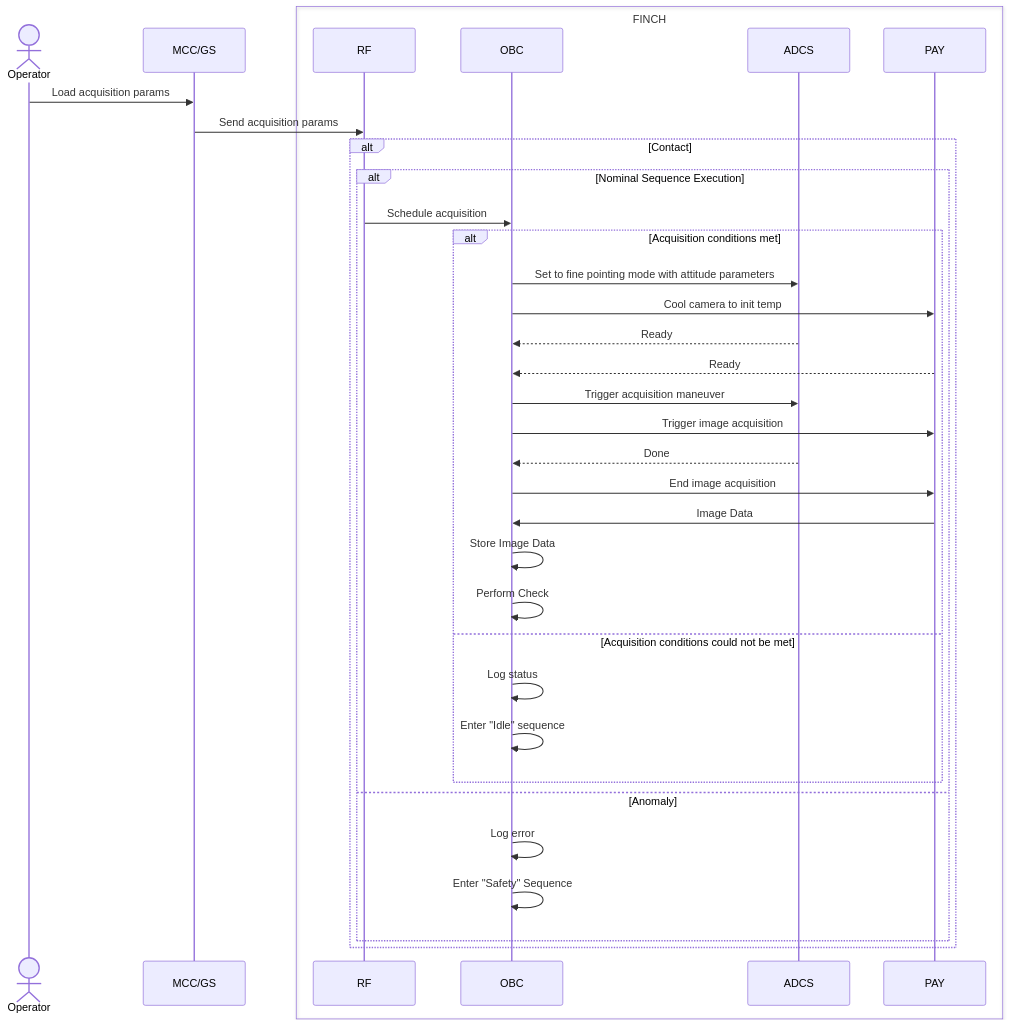
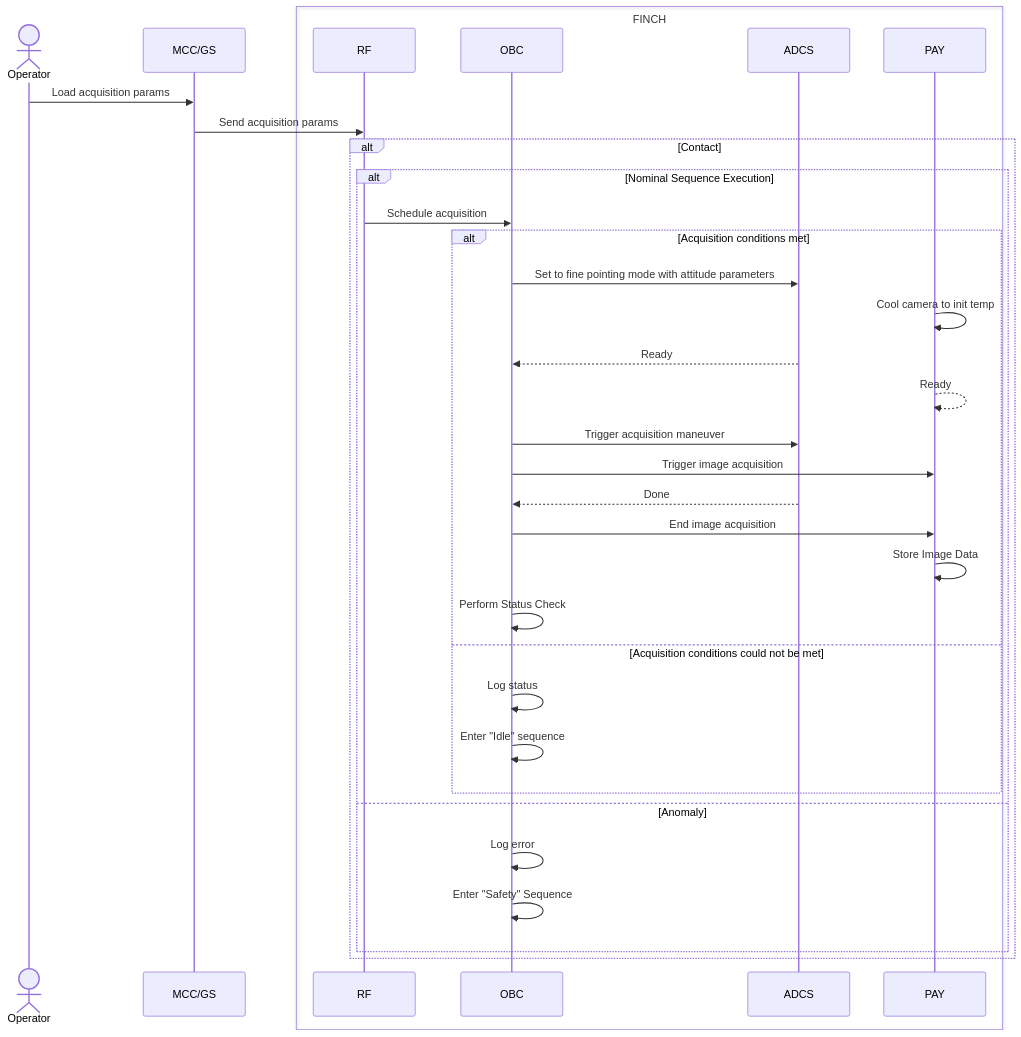
The diagram in command sequences/acquisition-command.md (utat-ss/FINCH-sequence-diagrams), drawn with Mermaid before and after one commit.

````diff
--- a/command sequences/acquisition-command.md
+++ b/command sequences/acquisition-command.md
@@ -2,44 +2,44 @@
 ```mermaid
 sequenceDiagram
     Actor Operator
     participant MCC/GS
     box FINCH
         participant RF
         participant OBC
         participant ADCS
         participant PAY
     end
 
     Operator->>MCC/GS: Load acquisition params
     MCC/GS->>RF: Send acquisition params
 
     alt Contact
         alt Nominal Sequence Execution
             RF->>OBC: Schedule acquisition
     
             alt Acquisition conditions met
                 OBC->>ADCS: Set to fine pointing mode with attitude parameters
-                OBC->>PAY: Cool camera to init temp
+                PAY->>PAY: Cool camera to init temp
                 ADCS-->>OBC: Ready
-                PAY-->>OBC: Ready
+                PAY-->>PAY: Ready
     
                 OBC->>ADCS: Trigger acquisition maneuver
                 OBC->>PAY: Trigger image acquisition
                 ADCS-->>OBC: Done
                 OBC->>PAY: End image acquisition
-                PAY->>OBC: Image Data
-                OBC->>OBC: Store Image Data
-                OBC->>OBC: Perform Check
+                PAY->>PAY: Store Image Data
+
+                OBC->>OBC: Perform Status Check
     
             else Acquisition conditions could not be met
                 OBC->>OBC: Log status
                 OBC->>OBC: Enter "Idle" sequence
             end
         else Anomaly
             OBC->>OBC: Log error
             OBC->>OBC: Enter "Safety" Sequence
         end
 end
     
 
 ```
````
